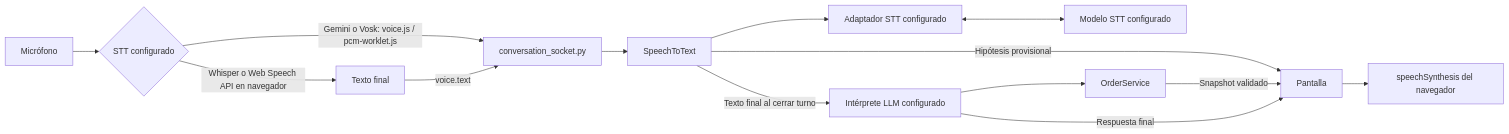
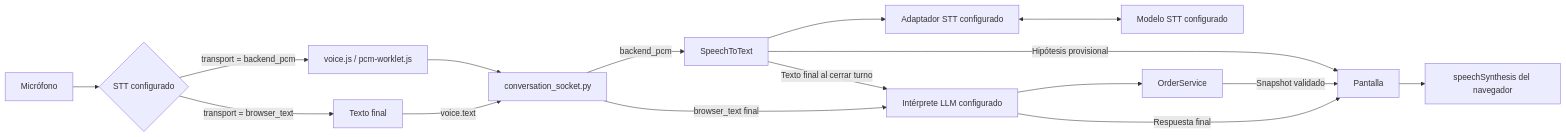
The diagram in docs/voz.md (gsierra1/self_order), drawn with Mermaid before and after one commit. The commit also changed other lines of this file and 6 other files, not shown here.

Commit message:
alinear la documentación con el código y el HTML actuales. Se actualizaron prompts, tools y   OrderToolsRuntime, se documentaron backend_pcm/browser_text y se corrigieron diagramas de voz; falta confirmar si   queda alguna revisión pendiente.

````diff
--- a/docs/voz.md
+++ b/docs/voz.md
@@ -7,16 +7,18 @@
 ```mermaid
 flowchart LR
     M[Micrófono] --> V{STT configurado}
-    V -->|Gemini o Vosk: voice.js / pcm-worklet.js| W[conversation_socket.py]
-    V -->|Whisper o Web Speech API en navegador| BT[Texto final]
+    V -->|transport = backend_pcm| PCM[voice.js / pcm-worklet.js]
+    PCM --> W[conversation_socket.py]
+    V -->|transport = browser_text| BT[Texto final]
     BT -->|voice.text| W
-    W --> T[SpeechToText]
+    W -->|backend_pcm| T[SpeechToText]
+    W -->|browser_text final| O[Intérprete LLM configurado]
     T --> GT[Adaptador STT configurado]
     GT <--> G[Modelo STT configurado]
     T -->|Hipótesis provisional| UI[Pantalla]
-    T -->|Texto final al cerrar turno| O[Intérprete LLM configurado]
+    T -->|Texto final al cerrar turno| O
     O --> S[OrderService]
     S -->|Snapshot validado| UI
     O -->|Respuesta final| UI
     UI --> R[speechSynthesis del navegador]
 ```
````
